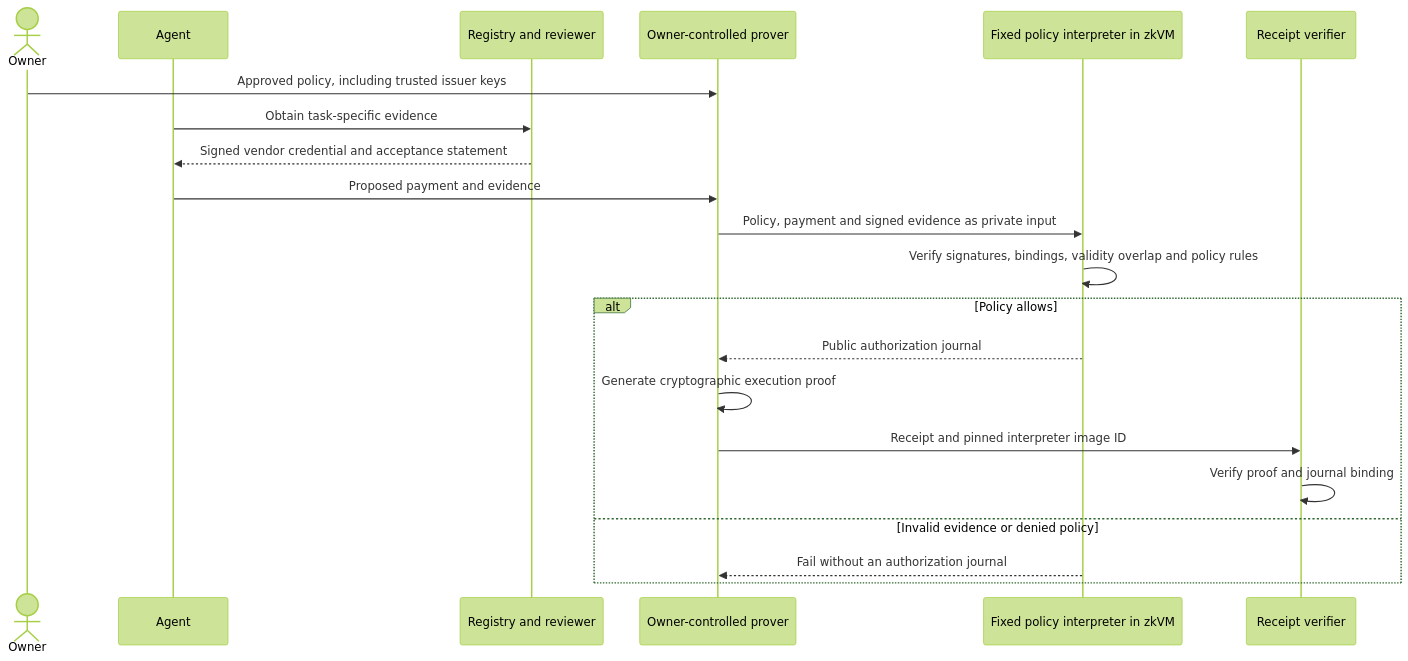
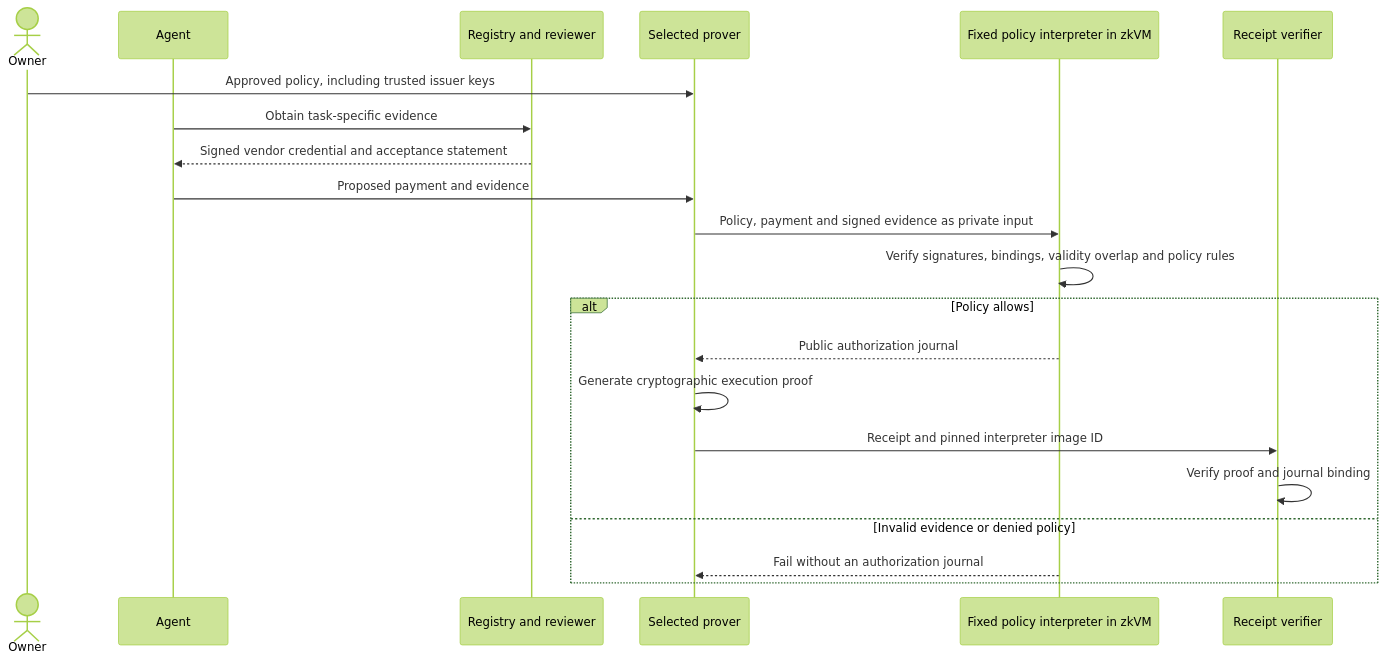
Before and after one commit to mnemonik-xyz/policy-execution: the diagram in README.md, drawn with Mermaid (forest theme). The commit also changed other lines of this file and 41 other files, not shown here.

````diff
--- a/README.md
+++ b/README.md
@@ -98,24 +105,24 @@
 ```mermaid
 sequenceDiagram
     actor Owner
     participant Agent
     participant Sources as Registry and reviewer
-    participant Prover as Owner-controlled prover
+    participant Prover as Selected prover
     participant Guest as Fixed policy interpreter in zkVM
     participant Verify as Receipt verifier
 
     Owner->>Prover: Approved policy, including trusted issuer keys
     Agent->>Sources: Obtain task-specific evidence
     Sources-->>Agent: Signed vendor credential and acceptance statement
     Agent->>Prover: Proposed payment and evidence
     Prover->>Guest: Policy, payment and signed evidence as private input
     Guest->>Guest: Verify signatures, bindings, validity overlap and policy rules
     alt Policy allows
         Guest-->>Prover: Public authorization journal
         Prover->>Prover: Generate cryptographic execution proof
         Prover->>Verify: Receipt and pinned interpreter image ID
         Verify->>Verify: Verify proof and journal binding
     else Invalid evidence or denied policy
         Guest-->>Prover: Fail without an authorization journal
     end
 ```
````
